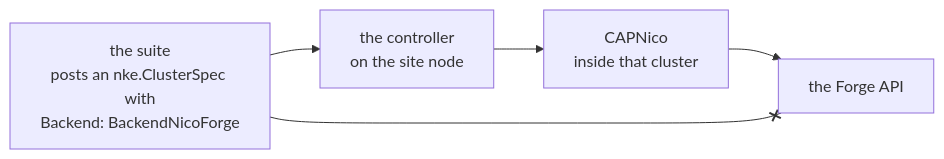
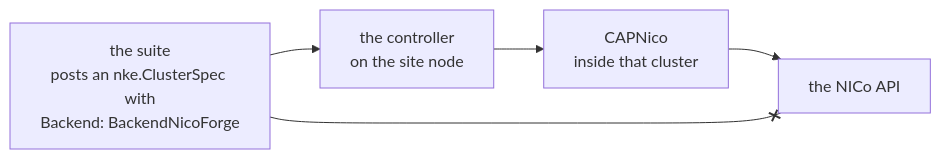
The fourth of 5 diagrams in docs/qualification/hardware-lane.md (dsx-ai-factory/nvke), drawn with Mermaid before and after one commit. The commit also changed other lines of this file and 7 other files, not shown here.

Commit message:
docs: name the NKE controller on first mention and say NICo, not Forge

````diff
--- a/docs/qualification/hardware-lane.md
+++ b/docs/qualification/hardware-lane.md
@@ -227,7 +227,7 @@
 ```mermaid
 flowchart LR
     SUITE["the suite<br/>posts an nke.ClusterSpec with<br/>Backend: BackendNicoForge"] --> CTRL["the controller<br/>on the site node"]
     CTRL --> CAPN["CAPNico<br/>inside that cluster"]
-    CAPN --> FORGE["the Forge API"]
-    SUITE --x FORGE
+    CAPN --> NICO["the NICo API"]
+    SUITE --x NICO
 ```
````
